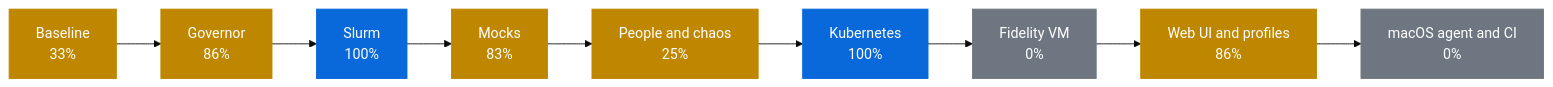
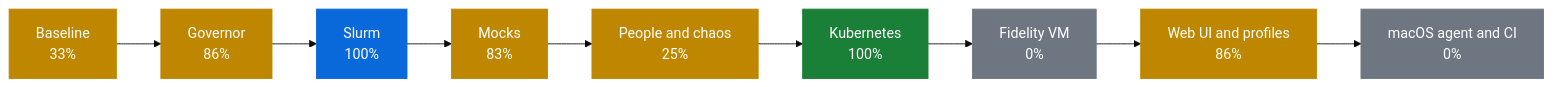
The first of 2 diagrams in docs/PROGRESS.md (AhmedYousriSobhi/workbench), drawn with Mermaid (base theme) before and after one commit. The commit also changed other lines of this file and 2 other files, not shown here.

Commit message:
docs: Kubernetes part done, PR 379 merged (#392)

````diff
--- a/docs/PROGRESS.md
+++ b/docs/PROGRESS.md
@@ -10,17 +10,17 @@
 ```mermaid
 flowchart LR
     p0["Baseline<br/>33%"]:::partial
     p1["Governor<br/>86%"]:::partial
     p2["Slurm<br/>100%"]:::review
     p3["Mocks<br/>83%"]:::partial
     p4["People and chaos<br/>25%"]:::partial
-    p5["Kubernetes<br/>100%"]:::review
+    p5["Kubernetes<br/>100%"]:::done
     p6["Fidelity VM<br/>0%"]:::todo
     p7["Web UI and profiles<br/>86%"]:::partial
     p8["macOS agent and CI<br/>0%"]:::todo
     p0 --> p1 --> p2 --> p3 --> p4 --> p5 --> p6 --> p7 --> p8
     classDef done fill:#1a7f37,stroke:#1a7f37,color:#fff
     classDef review fill:#0969da,stroke:#0969da,color:#fff
     classDef partial fill:#bf8700,stroke:#bf8700,color:#fff
     classDef todo fill:#6e7781,stroke:#6e7781,color:#fff
 ```
````
